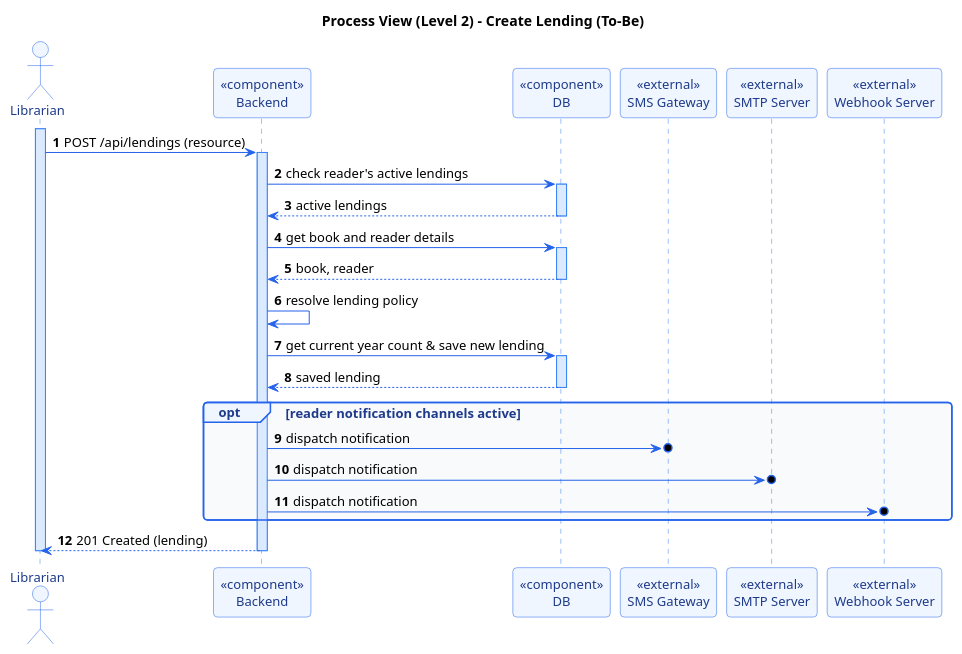
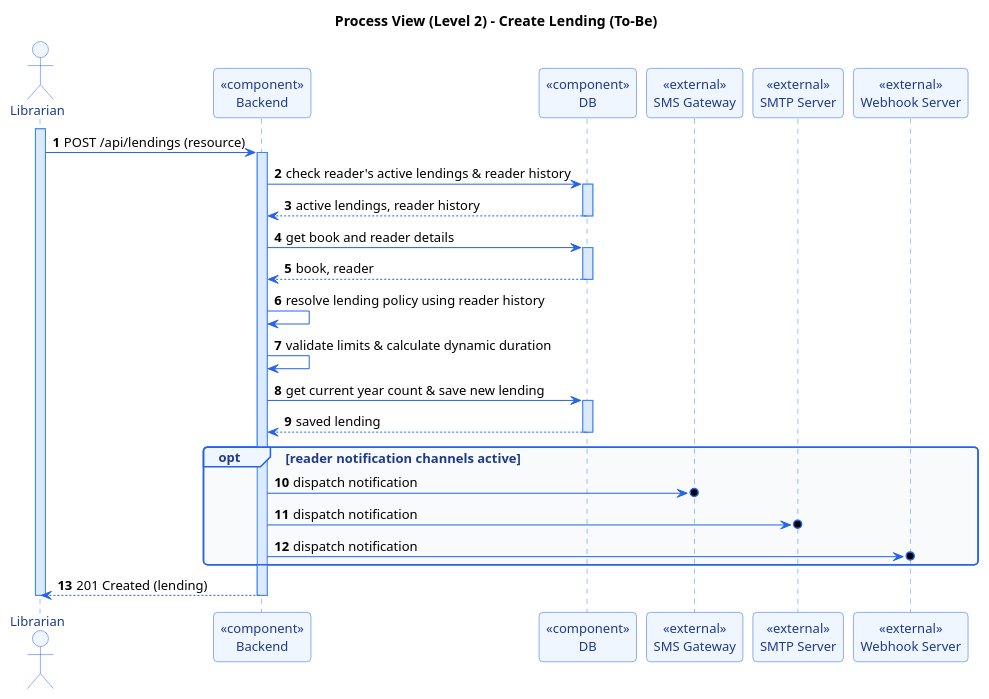
One commit to RafaelBrandao04/psoft-project-2026-1 changed the diagram in Docs/ARQSOFT/system-to-be/Vista Processos/puml/VP_N2_CreateLending.puml. Above: the diagram before and after it, drawn with PlantUML. The commit also changed 13 other files, not shown here.

```diff
--- a/Docs/ARQSOFT/system-to-be/Vista Processos/puml/VP_N2_CreateLending.puml
+++ b/Docs/ARQSOFT/system-to-be/Vista Processos/puml/VP_N2_CreateLending.puml
@@ -1,67 +1,68 @@
 @startuml VP_N2_CreateLending
 title Process View (Level 2) - Create Lending (To-Be)
 
 autonumber
 skinparam handwritten false
 skinparam monochrome false
 skinparam shadowing false
 skinparam defaultFontName "Segoe UI"
 skinparam defaultFontSize 13
 skinparam roundCorner 8
 
 skinparam sequence {
     ArrowColor #2563EB
     ActorBorderColor #2563EB
     ActorBackgroundColor #EFF6FF
     ActorFontColor #1E3A8A
     LifeLineBorderColor #3B82F6
     LifeLineBackgroundColor #DBEAFE
     ParticipantBorderColor #2563EB
     ParticipantBackgroundColor #EFF6FF
     ParticipantFontColor #1E3A8A
     GroupBorderColor #2563EB
     GroupBackgroundColor #EFF6FF
     GroupBodyBackgroundColor #F8FAFC
     GroupHeaderFontColor #1E3A8A
     GroupFontColor #1E3A8A
 }
 
 actor "Librarian" as Actor
 participant "<<component>>\nBackend" as Backend
 participant "<<component>>\nDB" as DB
 participant "<<external>>\nSMS Gateway" as Sms
 participant "<<external>>\nSMTP Server" as Smtp
 participant "<<external>>\nWebhook Server" as Webhook
 
 activate Actor
 Actor -> Backend: POST /api/lendings (resource)
 activate Backend
 
-Backend -> DB: check reader's active lendings
+Backend -> DB: check reader's active lendings & reader history
 activate DB
-DB --> Backend: active lendings
+DB --> Backend: active lendings, reader history
 deactivate DB
 
 Backend -> DB: get book and reader details
 activate DB
 DB --> Backend: book, reader
 deactivate DB
 
-Backend -> Backend: resolve lending policy
+Backend -> Backend: resolve lending policy using reader history
+Backend -> Backend: validate limits & calculate dynamic duration
 
 Backend -> DB: get current year count & save new lending
 activate DB
 DB --> Backend: saved lending
 deactivate DB
 
 opt reader notification channels active
     Backend ->o Sms: dispatch notification
     Backend ->o Smtp: dispatch notification
     Backend ->o Webhook: dispatch notification
 end
 
 Backend --> Actor: 201 Created (lending)
 deactivate Backend
 deactivate Actor
 
 @enduml
```
